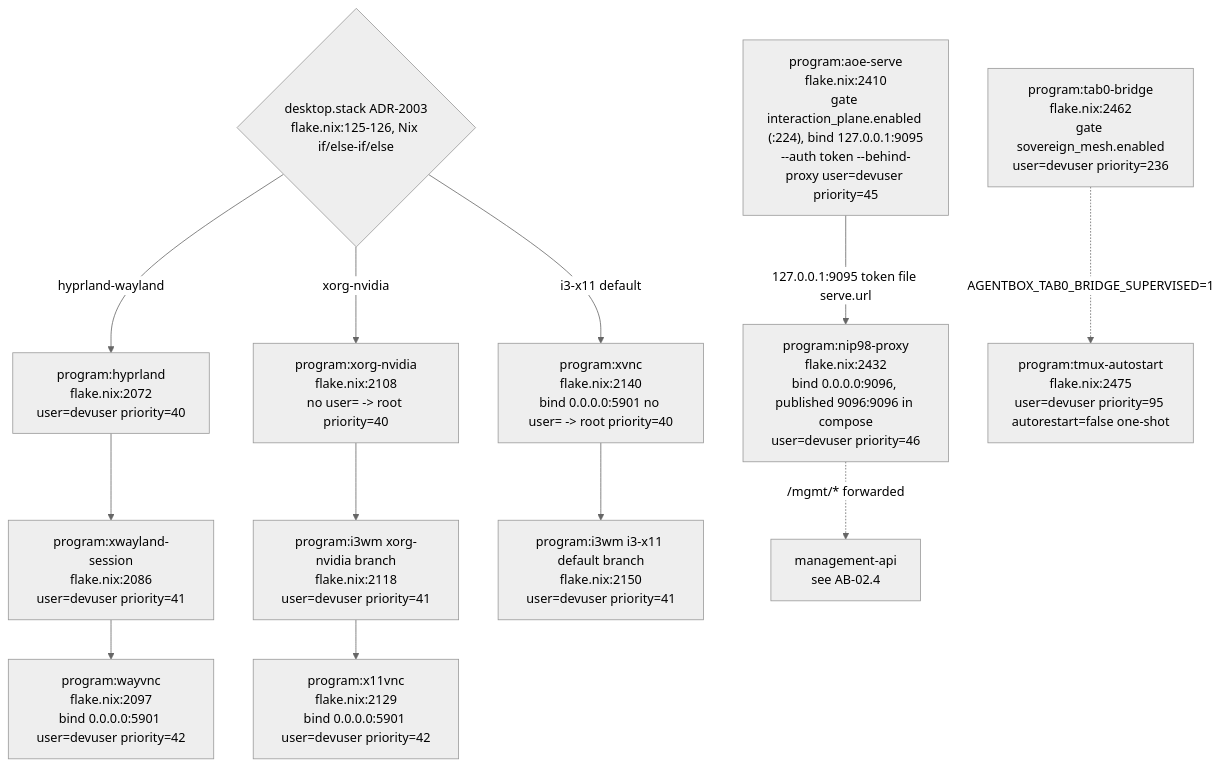
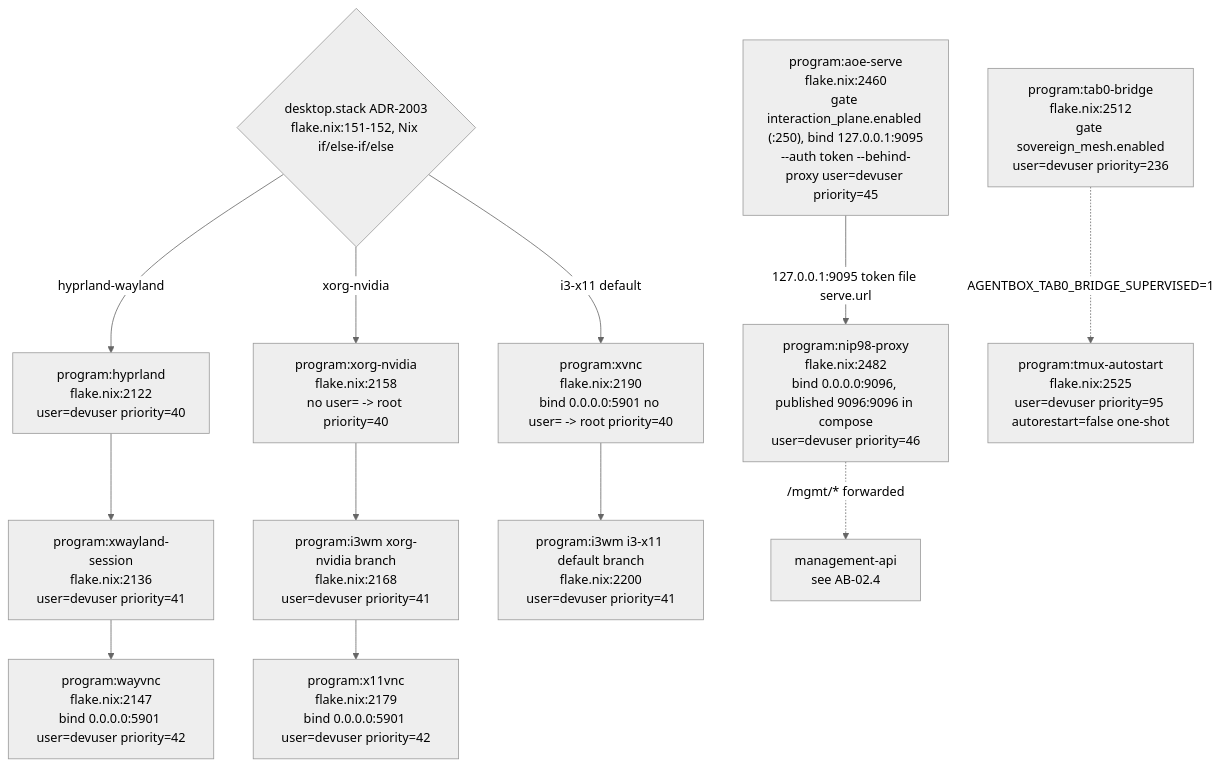
Before and after one commit to DreamLab-AI/VisionFlow: the sixth of 20 diagrams in docs/diagrams/agentbox/02-boot-sequence-and-readiness.md, drawn with Mermaid (neutral theme). The commit also changed other lines of this file and 136 other files, not shown here.

First line of the commit message:
docs(diagrams): refresh the whole corpus to code HEAD and prune low-value diagrams

````diff
--- a/docs/diagrams/agentbox/02-boot-sequence-and-readiness.md
+++ b/docs/diagrams/agentbox/02-boot-sequence-and-readiness.md
@@ -248,23 +243,23 @@
 ```mermaid
 flowchart TB
-    GATESTACK{"desktop.stack ADR-2003<br/>flake.nix:125-126, Nix if/else-if/else"}
-    HYPR["program:hyprland<br/>flake.nix:2072<br/>user=devuser priority=40"]
-    XWAY["program:xwayland-session<br/>flake.nix:2086<br/>user=devuser priority=41"]
-    WAYVNC["program:wayvnc<br/>flake.nix:2097<br/>bind 0.0.0.0:5901 user=devuser priority=42"]
-    XORG["program:xorg-nvidia<br/>flake.nix:2108<br/>no user= -&gt; root priority=40"]
-    I3A["program:i3wm xorg-nvidia branch<br/>flake.nix:2118<br/>user=devuser priority=41"]
-    X11VNC["program:x11vnc<br/>flake.nix:2129<br/>bind 0.0.0.0:5901 user=devuser priority=42"]
-    XVNC["program:xvnc<br/>flake.nix:2140<br/>bind 0.0.0.0:5901 no user= -&gt; root priority=40"]
-    I3B["program:i3wm i3-x11 default branch<br/>flake.nix:2150<br/>user=devuser priority=41"]
-    AOE["program:aoe-serve<br/>flake.nix:2410<br/>gate interaction_plane.enabled (:224), bind 127.0.0.1:9095<br/>--auth token --behind-proxy user=devuser priority=45"]
-    NIP98["program:nip98-proxy<br/>flake.nix:2432<br/>bind 0.0.0.0:9096, published 9096:9096 in compose<br/>user=devuser priority=46"]
-    TAB0["program:tab0-bridge<br/>flake.nix:2462<br/>gate sovereign_mesh.enabled<br/>user=devuser priority=236"]
-    TMUX["program:tmux-autostart<br/>flake.nix:2475<br/>user=devuser priority=95 autorestart=false one-shot"]
+    GATESTACK{"desktop.stack ADR-2003<br/>flake.nix:151-152, Nix if/else-if/else"}
+    HYPR["program:hyprland<br/>flake.nix:2122<br/>user=devuser priority=40"]
+    XWAY["program:xwayland-session<br/>flake.nix:2136<br/>user=devuser priority=41"]
+    WAYVNC["program:wayvnc<br/>flake.nix:2147<br/>bind 0.0.0.0:5901 user=devuser priority=42"]
+    XORG["program:xorg-nvidia<br/>flake.nix:2158<br/>no user= -&gt; root priority=40"]
+    I3A["program:i3wm xorg-nvidia branch<br/>flake.nix:2168<br/>user=devuser priority=41"]
+    X11VNC["program:x11vnc<br/>flake.nix:2179<br/>bind 0.0.0.0:5901 user=devuser priority=42"]
+    XVNC["program:xvnc<br/>flake.nix:2190<br/>bind 0.0.0.0:5901 no user= -&gt; root priority=40"]
+    I3B["program:i3wm i3-x11 default branch<br/>flake.nix:2200<br/>user=devuser priority=41"]
+    AOE["program:aoe-serve<br/>flake.nix:2460<br/>gate interaction_plane.enabled (:250), bind 127.0.0.1:9095<br/>--auth token --behind-proxy user=devuser priority=45"]
+    NIP98["program:nip98-proxy<br/>flake.nix:2482<br/>bind 0.0.0.0:9096, published 9096:9096 in compose<br/>user=devuser priority=46"]
+    TAB0["program:tab0-bridge<br/>flake.nix:2512<br/>gate sovereign_mesh.enabled<br/>user=devuser priority=236"]
+    TMUX["program:tmux-autostart<br/>flake.nix:2525<br/>user=devuser priority=95 autorestart=false one-shot"]
 
     GATESTACK -->|"hyprland-wayland"| HYPR --> XWAY --> WAYVNC
     GATESTACK -->|"xorg-nvidia"| XORG --> I3A --> X11VNC
     GATESTACK -->|"i3-x11 default"| XVNC --> I3B
     AOE -->|"127.0.0.1:9095 token file serve.url"| NIP98
     NIP98 -.->|"/mgmt/* forwarded"| MGMTREF["management-api<br/>see AB-02.4"]
     TAB0 -.->|"AGENTBOX_TAB0_BRIDGE_SUPERVISED=1"| TMUX
 ```
````
